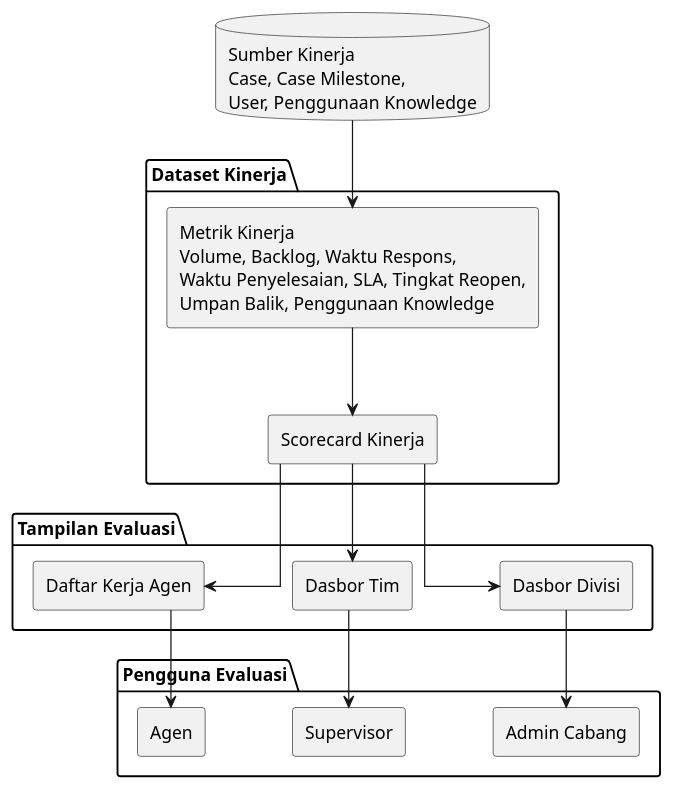
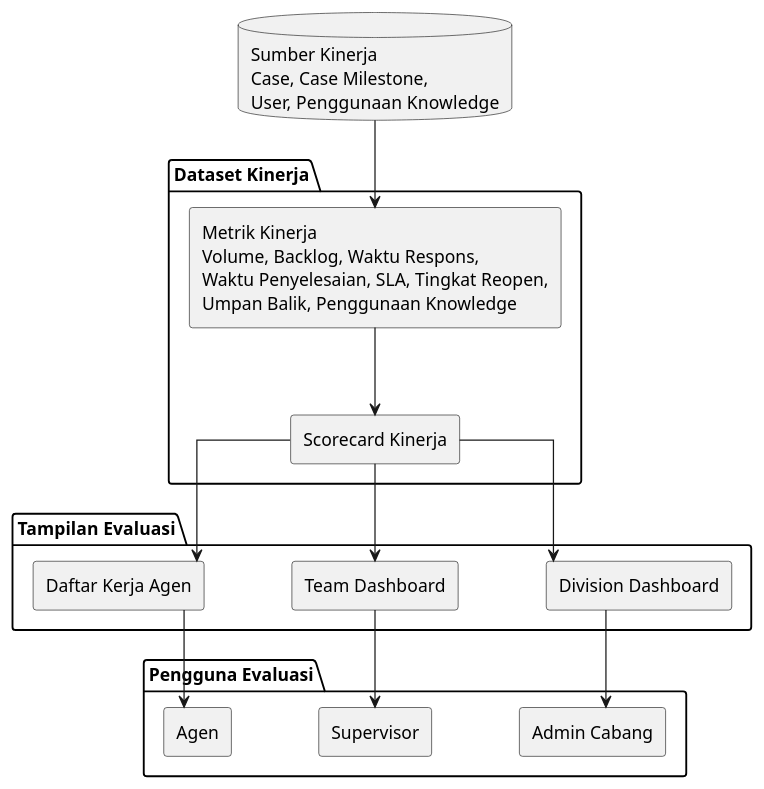
Diagram 26 of 26 in doc/SADD Task 2 - Bahasa Indonesia.md (jimmytobing/virtusa), drawn with PlantUML before and after one commit. The commit also changed other lines of this file, not shown here.

````diff
--- a/doc/SADD Task 2 - Bahasa Indonesia.md
+++ b/doc/SADD Task 2 - Bahasa Indonesia.md
@@ -1671,39 +1673,39 @@
 ```plantuml
 @startuml
 skinparam componentStyle rectangle
 skinparam linetype ortho
 skinparam nodesep 70
 skinparam ranksep 70
 
 database "Sumber Kinerja\nCase, Case Milestone,\nUser, Penggunaan Knowledge" as Sources
 
 package "Dataset Kinerja" {
   [Metrik Kinerja\nVolume, Backlog, Waktu Respons,\nWaktu Penyelesaian, SLA, Tingkat Reopen,\nUmpan Balik, Penggunaan Knowledge] as Metrics
   [Scorecard Kinerja] as Scorecard
 }
 
 package "Tampilan Evaluasi" {
-  [Dasbor Divisi] as DivisionDashboard
-  [Dasbor Tim] as TeamDashboard
+  [Division Dashboard] as DivisionDashboard
+  [Team Dashboard] as TeamDashboard
   [Daftar Kerja Agen] as AgentWorklist
 }
 
 package "Pengguna Evaluasi" {
   [Admin Cabang] as BranchAdmin
   [Supervisor] as Supervisor
   [Agen] as Agent
 }
 
 Sources --> Metrics
 Metrics --> Scorecard
 
 Scorecard --> DivisionDashboard
 Scorecard --> TeamDashboard
 Scorecard --> AgentWorklist
 
 DivisionDashboard --> BranchAdmin
 TeamDashboard --> Supervisor
 AgentWorklist --> Agent
 
 @enduml
 ```
````
